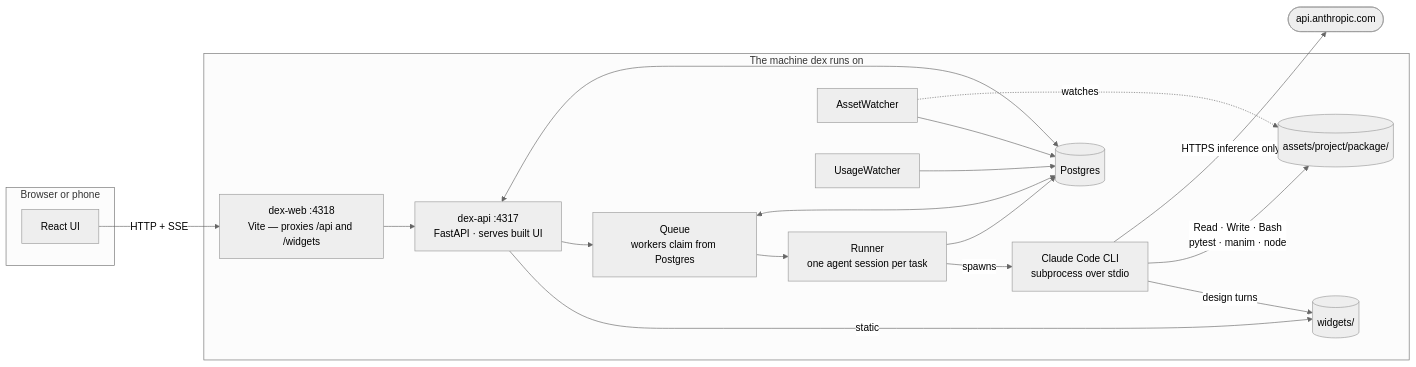
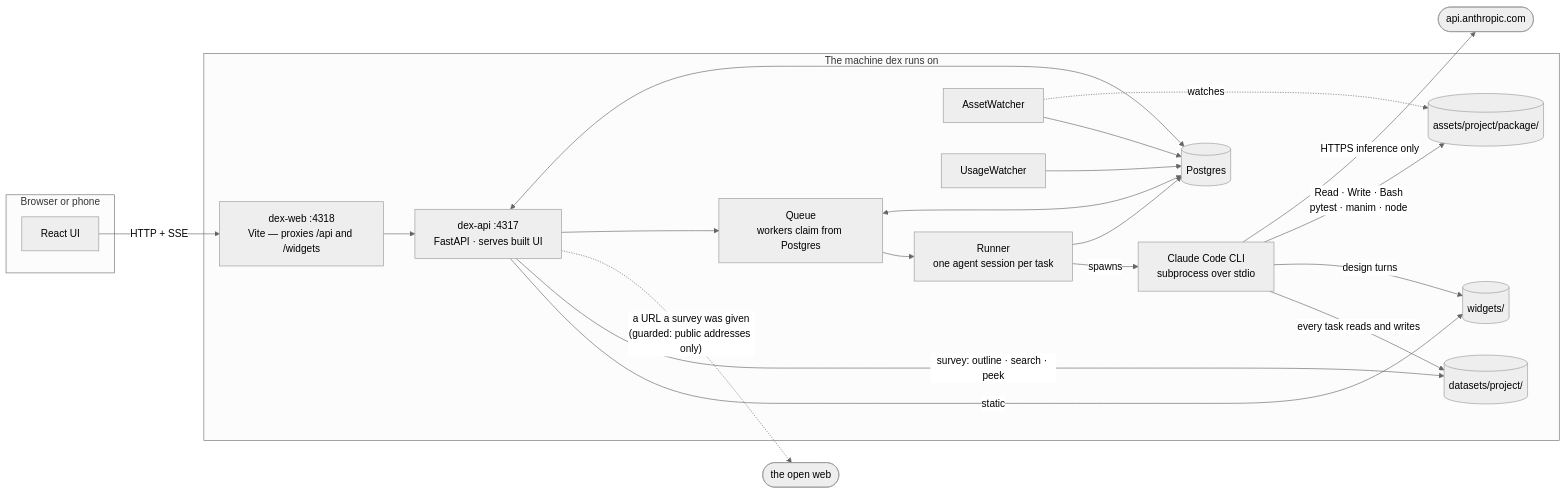
Before and after one commit to radubools/dex: the first of 6 diagrams in design/00_overview.md, drawn with Mermaid (neutral theme). The commit also changed other lines of this file and 153 other files, not shown here.

````diff
--- a/design/00_overview.md
+++ b/design/00_overview.md
@@ -36,35 +45,39 @@
 ```mermaid
 flowchart LR
     subgraph client [Browser or phone]
         UI["React UI"]
     end
     subgraph host [The machine dex runs on]
         WEB["dex-web :4318<br/>Vite — proxies /api and /widgets"]
         API["dex-api :4317<br/>FastAPI · serves built UI"]
         Q["Queue<br/>workers claim from Postgres"]
         R["Runner<br/>one agent session per task"]
         CLI["Claude Code CLI<br/>subprocess over stdio"]
         FS[("assets/project/package/")]
         WG[("widgets/")]
+        DS[("datasets/project/")]
         WA["AssetWatcher"]
         UW["UsageWatcher"]
         PG[("Postgres")]
     end
     ANT(["api.anthropic.com"])
 
     UI -->|HTTP + SSE| WEB
     WEB --> API
     API <--> PG
     API --> Q
     Q <--> PG
     Q --> R
     R --> PG
     R -->|spawns| CLI
     CLI -->|HTTPS inference only| ANT
+    API -.->|"a URL a survey was given<br/>(guarded: public addresses only)"| WEBSITE(["the open web"])
     CLI -->|"Read · Write · Bash<br/>pytest · manim · node"| FS
     CLI -->|design turns| WG
+    CLI -->|"every task reads and writes"| DS
+    API -->|"survey: outline · search · peek"| DS
     WA -.->|watches| FS
     WA --> PG
     UW --> PG
     API -->|static| WG
 ```
````
